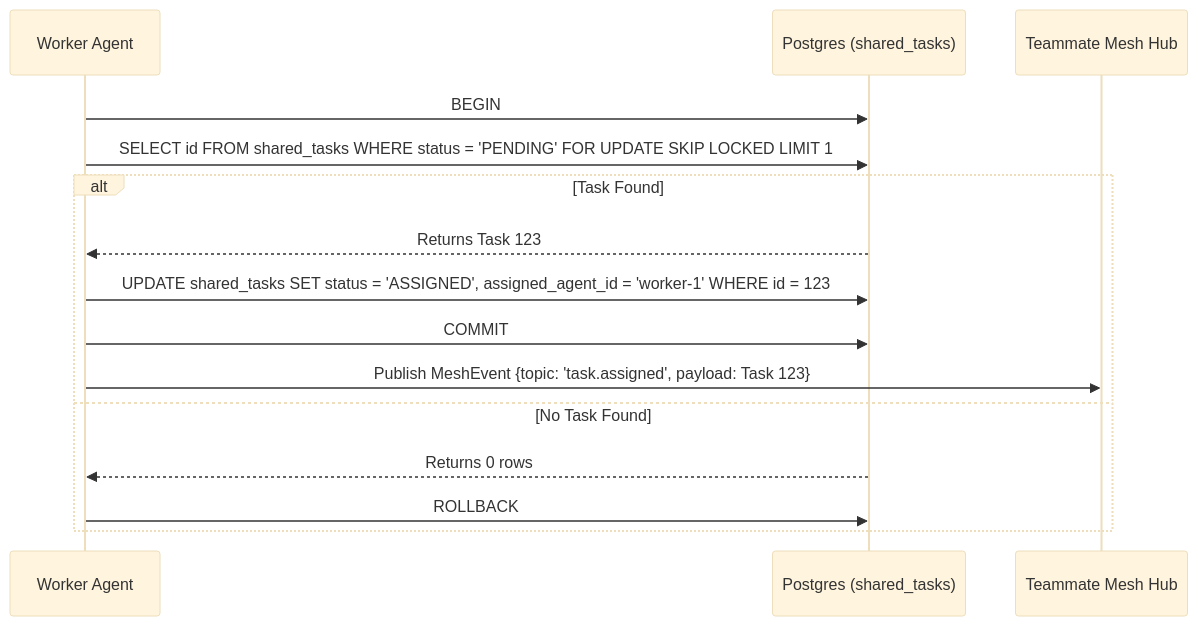
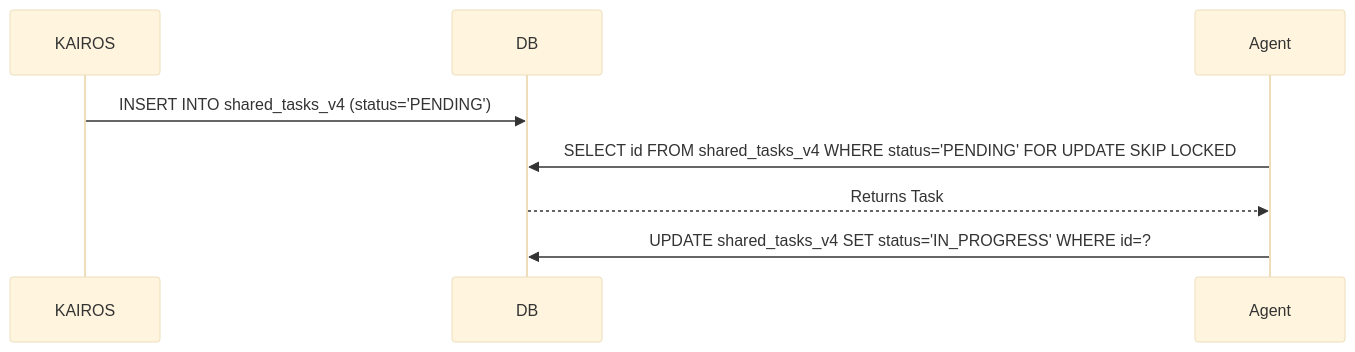
The diagram in docs/architecture/kairos_shared_task_mesh.md (omnisolo-llc/onehumancorp), drawn with Mermaid (base theme) before and after one commit. The commit also changed other lines of this file and 2 other files, not shown here.

First line of the commit message:
Design KAIROS Hybrid Orchestration (Shared Task List & Teammate Mesh) (#5133)

````diff
--- a/docs/architecture/kairos_shared_task_mesh.md
+++ b/docs/architecture/kairos_shared_task_mesh.md
@@ -29,18 +24,10 @@
 ```mermaid
 sequenceDiagram
-    participant Agent as Worker Agent
-    participant DB as Postgres (shared_tasks)
-    participant Hub as Teammate Mesh Hub
-
-    Agent->>DB: BEGIN
-    Agent->>DB: SELECT id FROM shared_tasks WHERE status = 'PENDING' FOR UPDATE SKIP LOCKED LIMIT 1
-    alt Task Found
-        DB-->>Agent: Returns Task 123
-        Agent->>DB: UPDATE shared_tasks SET status = 'ASSIGNED', assigned_agent_id = 'worker-1' WHERE id = 123
-        Agent->>DB: COMMIT
-        Agent->>Hub: Publish MeshEvent {topic: 'task.assigned', payload: Task 123}
-    else No Task Found
-        DB-->>Agent: Returns 0 rows
-        Agent->>DB: ROLLBACK
-    end
+    participant KAIROS
+    participant DB
+    participant Agent
+    KAIROS->>DB: INSERT INTO shared_tasks_v4 (status='PENDING')
+    Agent->>DB: SELECT id FROM shared_tasks_v4 WHERE status='PENDING' FOR UPDATE SKIP LOCKED
+    DB-->>Agent: Returns Task
+    Agent->>DB: UPDATE shared_tasks_v4 SET status='IN_PROGRESS' WHERE id=?
 ```
````
